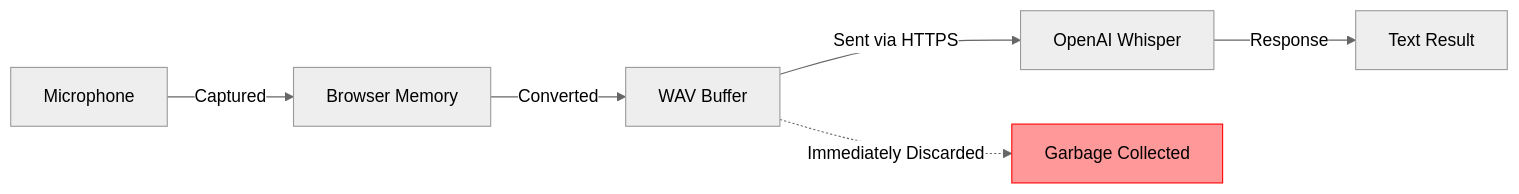
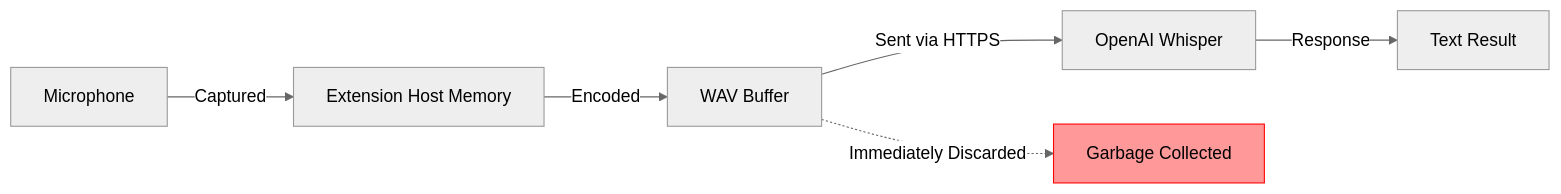
Before and after one commit to vypdev/cursor-whisper: the diagram in docs/security/privacy.md, drawn with Mermaid (neutral theme). The commit also changed other lines of this file and 30 other files, not shown here.

````diff
--- a/docs/security/privacy.md
+++ b/docs/security/privacy.md
@@ -17,10 +17,10 @@
 ```mermaid
 flowchart LR
-    A[Microphone] -->|Captured| B[Browser Memory]
-    B -->|Converted| C[WAV Buffer]
+    A[Microphone] -->|Captured| B[Extension Host Memory]
+    B -->|Encoded| C[WAV Buffer]
     C -->|Sent via HTTPS| D[OpenAI Whisper]
     D -->|Response| E[Text Result]
     C -.->|Immediately Discarded| F[Garbage Collected]
     
     style F fill:#f99,stroke:#f00
 ```
````
